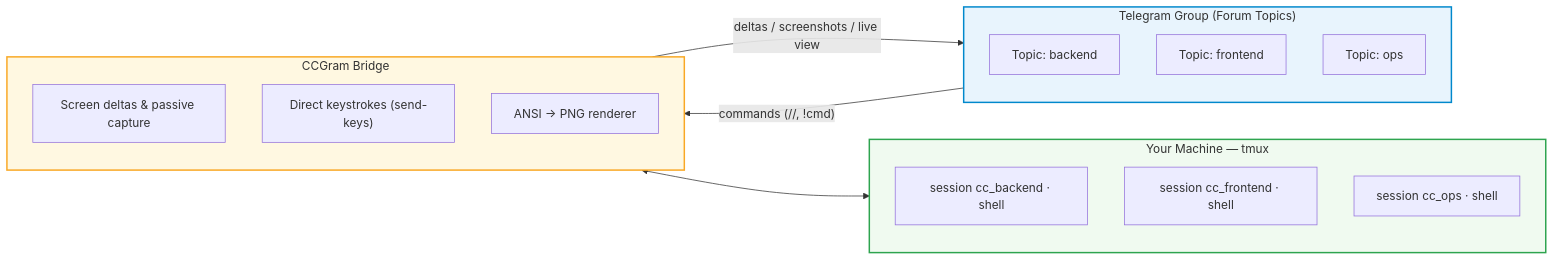
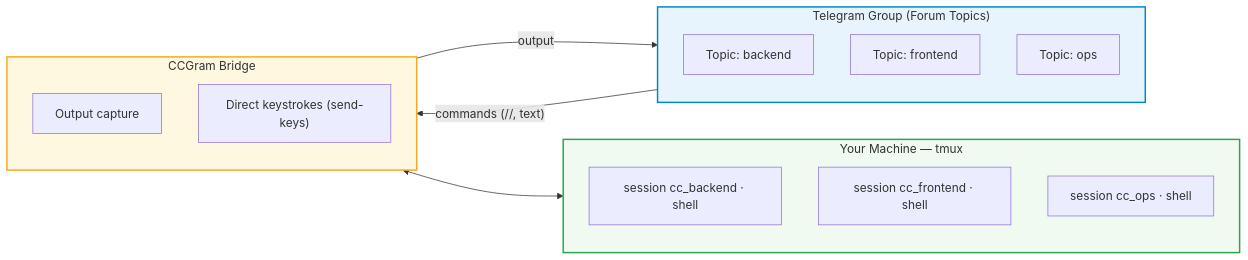
The diagram in README.md (legale/ccgram), drawn with Mermaid before and after one commit. The commit also changed other lines of this file and 68 other files, not shown here.

````diff
--- a/README.md
+++ b/README.md
@@ -27,31 +27,30 @@
 ```mermaid
 graph LR
   subgraph phone["Telegram Group (Forum Topics)"]
     direction TB
     T1["Topic: backend"]
     T2["Topic: frontend"]
     T3["Topic: ops"]
   end
 
   subgraph bridge["CCGram Bridge"]
     direction TB
-    B1["Screen deltas & passive capture"]
+    B1["Output capture"]
     B2["Direct keystrokes (send-keys)"]
-    B3["ANSI → PNG renderer"]
   end
 
   subgraph machine["Your Machine — tmux"]
     direction TB
     W1["session cc_backend · shell"]
     W2["session cc_frontend · shell"]
     W3["session cc_ops · shell"]
   end
 
-  phone -- "commands (//, !cmd)" --> bridge
-  bridge -- "deltas / screenshots / live view" --> phone
+  phone -- "commands (//, text)" --> bridge
+  bridge -- "output" --> phone
   bridge <--> machine
 
   style phone fill:#e8f4fd,stroke:#0088cc,stroke-width:2px,color:#333
   style bridge fill:#fff8e1,stroke:#f9a825,stroke-width:2px,color:#333
   style machine fill:#f0faf0,stroke:#2ea44f,stroke-width:2px,color:#333
 ```
````
